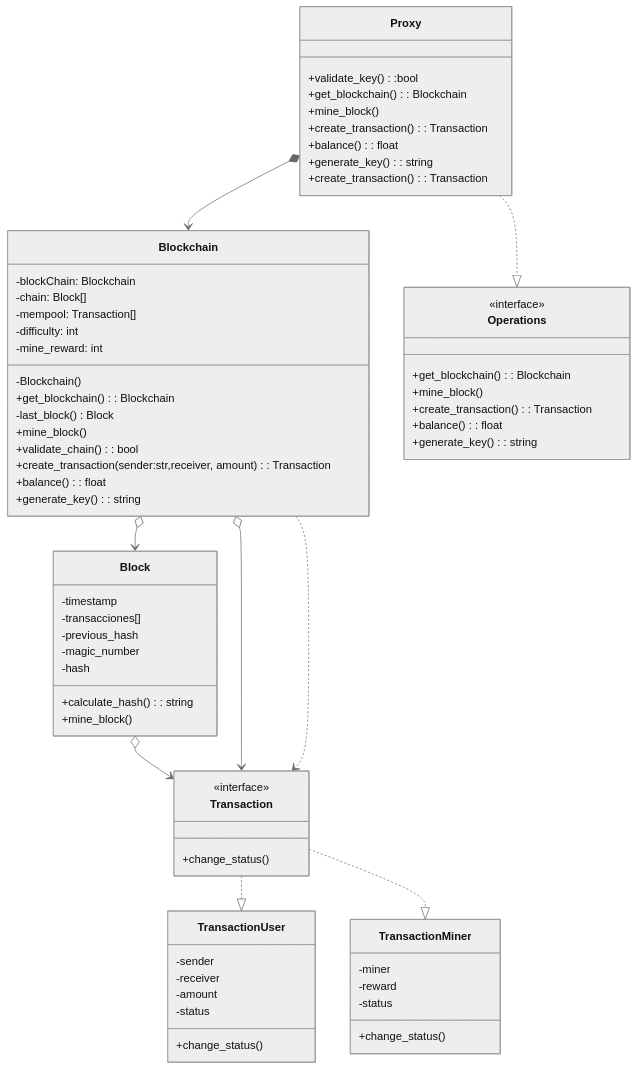
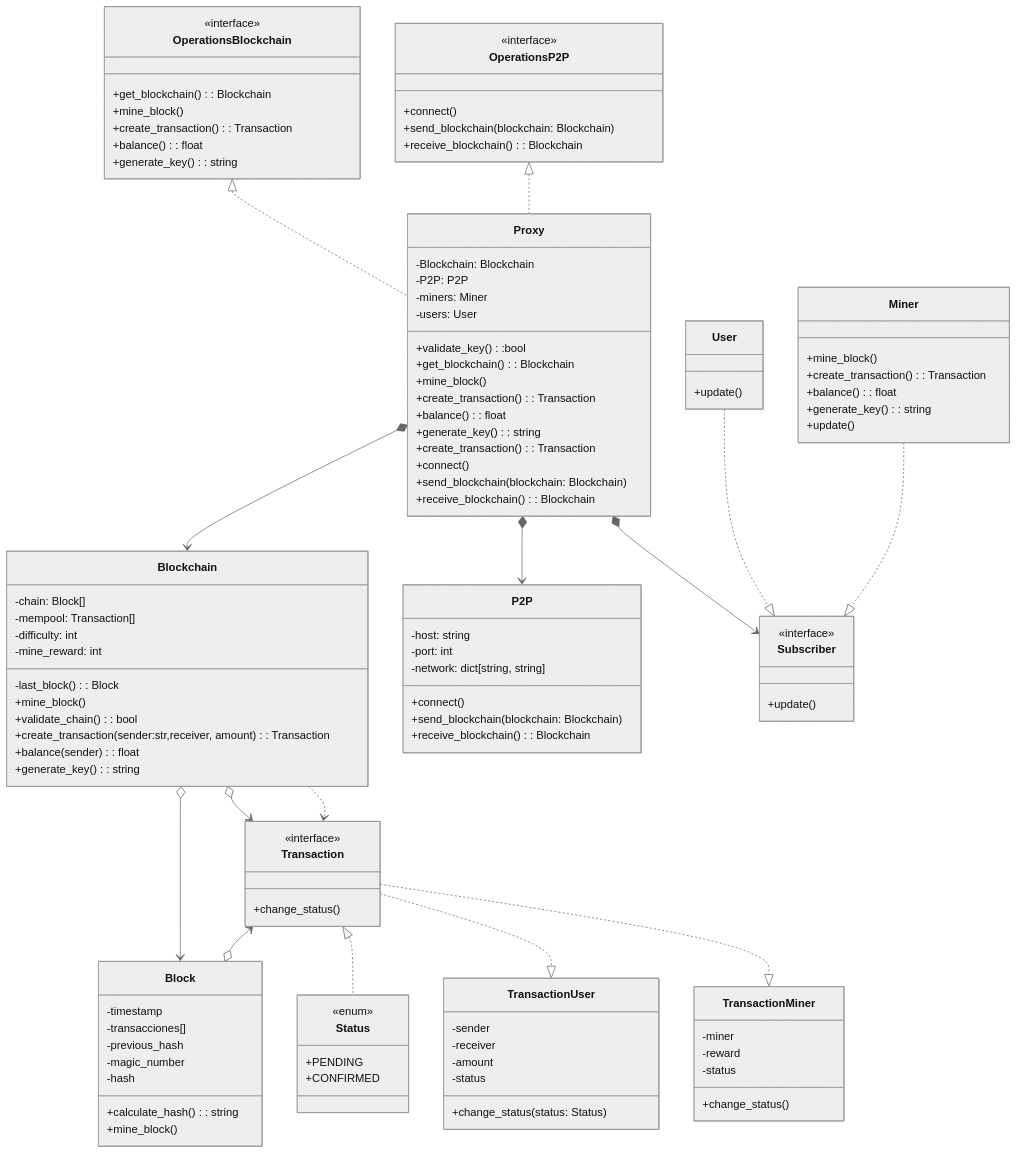
The diagram in UML.md (Salvador025/Crypto), drawn with Mermaid (neutral theme) before and after one commit.

Commit message:
class P2P add, observer add, change ornaisation

````diff
--- a/UML.md
+++ b/UML.md
@@ -4,20 +4,76 @@
 ```mermaid
 classDiagram
+
+class Proxy{
+        -Blockchain: Blockchain
+        -P2P: P2P
+        -miners: Miner
+        -users: User
+        +validate_key():bool
+        +get_blockchain(): Blockchain
+        +mine_block()
+        +create_transaction(): Transaction
+        +balance(): float
+        +generate_key(): string
+        +create_transaction(): Transaction
+        +connect()
+        +send_blockchain(blockchain: Blockchain)
+        +receive_blockchain(): Blockchain
+    }
+
     class Blockchain{
-        -blockChain: Blockchain
         -chain: Block[]
         -mempool: Transaction[]
         -difficulty: int
         -mine_reward: int
-        -Blockchain()
-        +get_blockchain(): Blockchain
-        -last_block() Block
+        -last_block(): Block
         +mine_block()
         +validate_chain(): bool
         +create_transaction(sender:str,receiver, amount): Transaction
+        +balance(sender): float
+        +generate_key(): string
+    }
+
+    class OperationsBlockchain{
+        <<interface>>
+        +get_blockchain(): Blockchain
+        +mine_block()
+        +create_transaction(): Transaction
         +balance(): float
         +generate_key(): string
+    }
 
+    class P2P{
+        -host: string
+        -port: int
+        -network: dict[string, string]
+        +connect()
+        +send_blockchain(blockchain: Blockchain)
+        +receive_blockchain(): Blockchain
+    }
+
+    class OperationsP2P{
+        <<interface>>
+        +connect()
+        +send_blockchain(blockchain: Blockchain)
+        +receive_blockchain(): Blockchain
+    }
+
+    class Subscriber{
+        <<interface>>
+        +update()
+    }
+
+    class Miner{
+        +mine_block()
+        +create_transaction(): Transaction
+        +balance(): float
+        +generate_key(): string
+        +update()
+    }
+
+    class User{
+        +update()
     }
 
     class Block{
@@ -36,12 +92,18 @@
         +change_status()
     }
 
+    class Status{
+        <<enum>>
+        +PENDING
+        +CONFIRMED
+    }
+
     class TransactionUser{
         -sender
         -receiver
         -amount
         -status
-        +change_status()
+        +change_status(status: Status)
     }
 
     class TransactionMiner{
@@ -51,31 +113,23 @@
         +change_status()
     }
 
-    class Proxy{
-        +validate_key():bool
-        +get_blockchain(): Blockchain
-        +mine_block()
-        +create_transaction(): Transaction
-        +balance(): float
-        +generate_key(): string
-        +create_transaction(): Transaction
-    }
+    
 
-    class Operations{
-        <<interface>>
-        +get_blockchain(): Blockchain
-        +mine_block()
-        +create_transaction(): Transaction
-        +balance(): float
-        +generate_key(): string
-    }
+    
 
     Blockchain o--> Block
-    Block o--> Transaction
+    Transaction <--o Block
     Blockchain o--> Transaction
+    Transaction <|.. Status  
     Transaction ..|> TransactionUser
     Transaction ..|> TransactionMiner
     Proxy *--> Blockchain
-    Proxy ..|> Operations
+    OperationsBlockchain <|..Proxy 
     Blockchain ..> Transaction
+    Proxy *--> P2P
+    OperationsP2P <|.. Proxy 
+    Proxy *--> Subscriber
+    User ..|> Subscriber  
+    Miner ..|> Subscriber
+
 ```
````
